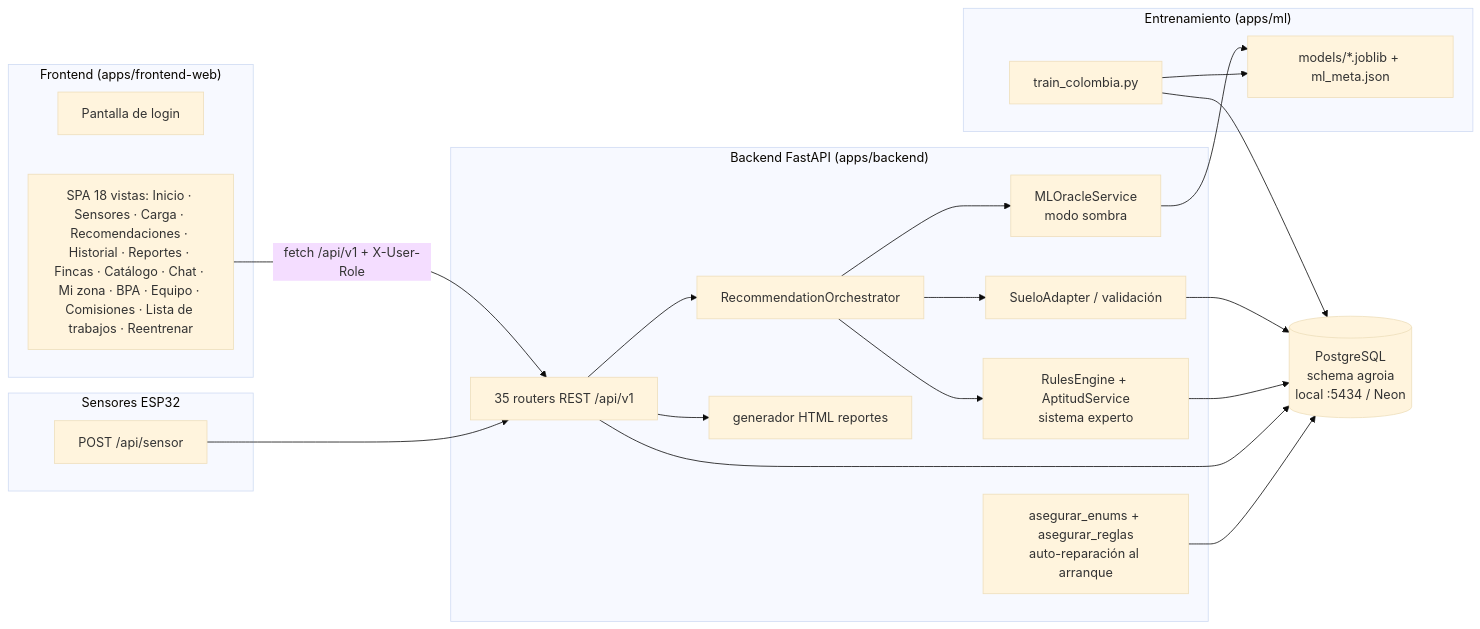
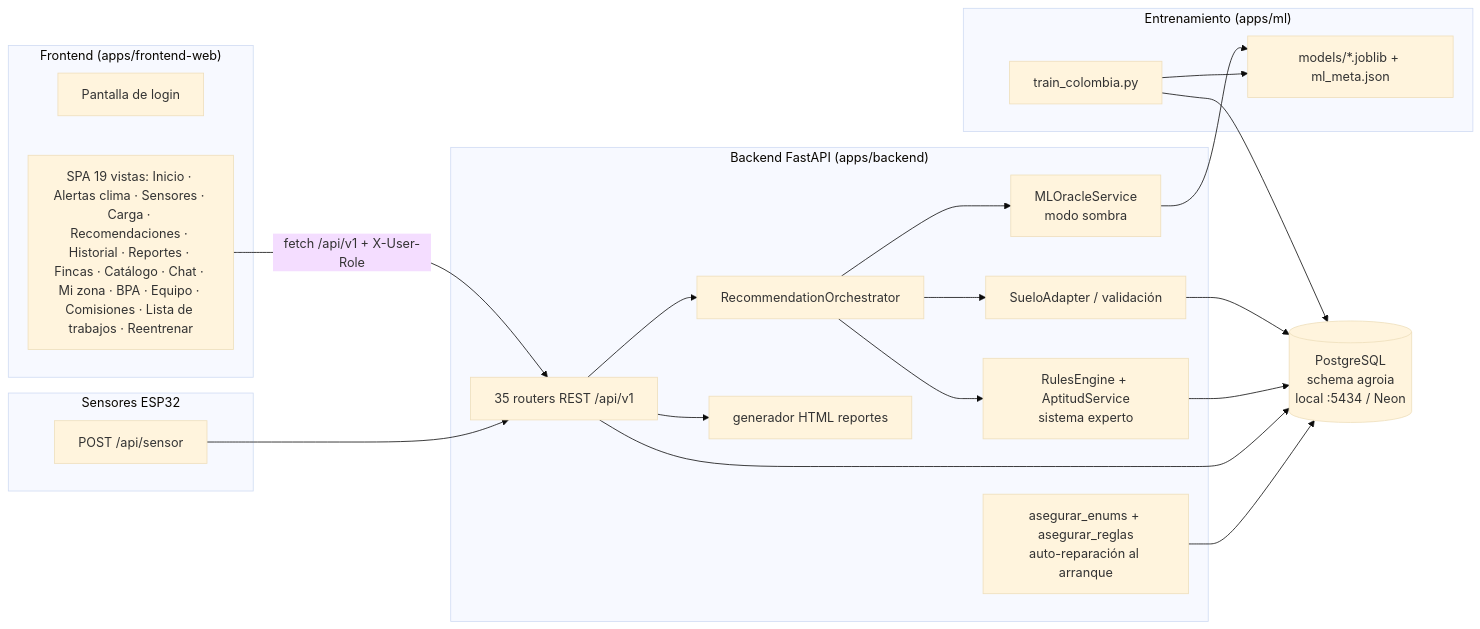
One commit to erick880709/Agro-ia changed the first of 2 diagrams in resources/architecture/Documento_Funcional_Tecnico_AgroIA.md. Above: the diagram before and after it, drawn with Mermaid (base theme). The commit also changed other lines of this file and 7 other files, not shown here.

Commit message:
feat(alertas): menu 'Alertas clima' para todos los roles — GET /api/v1/alertas-climaticas filtra por fincas visibles (cliente solo sus fincas) y el frontend agrupa por ubicacion (departamento/municipio) cuando varias fincas comparten zona; boton 'Evaluar ahora' para admin; docs v2.14

````diff
--- a/resources/architecture/Documento_Funcional_Tecnico_AgroIA.md
+++ b/resources/architecture/Documento_Funcional_Tecnico_AgroIA.md
@@ -64,36 +64,36 @@
 ```mermaid
 flowchart LR
   subgraph Frontend["Frontend (apps/frontend-web)"]
     LOGIN[Pantalla de login]
-    UI[SPA 18 vistas: Inicio · Sensores · Carga · Recomendaciones · Historial · Reportes · Fincas · Catálogo · Chat · Mi zona · BPA · Equipo · Comisiones · Lista de trabajos · Reentrenar]
+    UI[SPA 19 vistas: Inicio · Alertas clima · Sensores · Carga · Recomendaciones · Historial · Reportes · Fincas · Catálogo · Chat · Mi zona · BPA · Equipo · Comisiones · Lista de trabajos · Reentrenar]
   end
   subgraph Backend["Backend FastAPI (apps/backend)"]
     API[35 routers REST /api/v1]
     ORCH[RecommendationOrchestrator]
     RULES[RulesEngine + AptitudService<br/>sistema experto]
     ML[MLOracleService<br/>modo sombra]
     ADAPTER[SueloAdapter / validación]
     REPORTES[generador HTML reportes]
     ENUMS[asegurar_enums + asegurar_reglas<br/>auto-reparación al arranque]
   end
   subgraph ML_Train["Entrenamiento (apps/ml)"]
     TRAIN[train_colombia.py]
     ARTIFACTS[models/*.joblib + ml_meta.json]
   end
   subgraph IoT["Sensores ESP32"]
     SENSOR[POST /api/sensor]
   end
   DB[(PostgreSQL<br/>schema agroia<br/>local :5434 / Neon)]
 
   UI -->|fetch /api/v1 + X-User-Role| API
   SENSOR --> API
   API --> ORCH
   ORCH --> ADAPTER --> DB
   ORCH --> RULES --> DB
   ORCH --> ML --> ARTIFACTS
   API --> REPORTES
   API --> DB
   TRAIN --> DB
   TRAIN --> ARTIFACTS
   ENUMS --> DB
 ```
````
